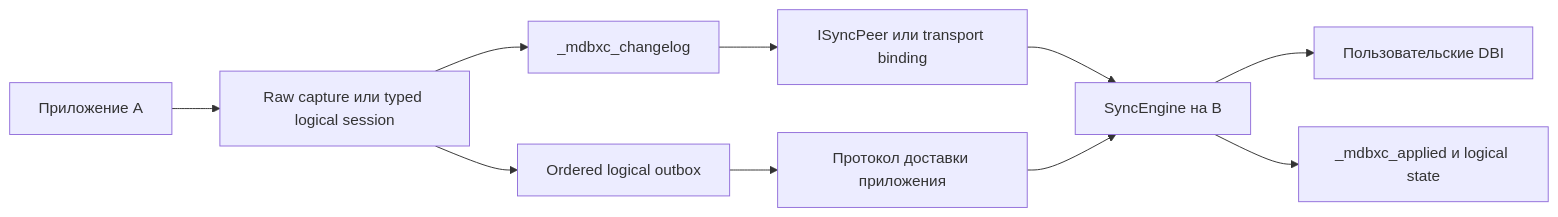
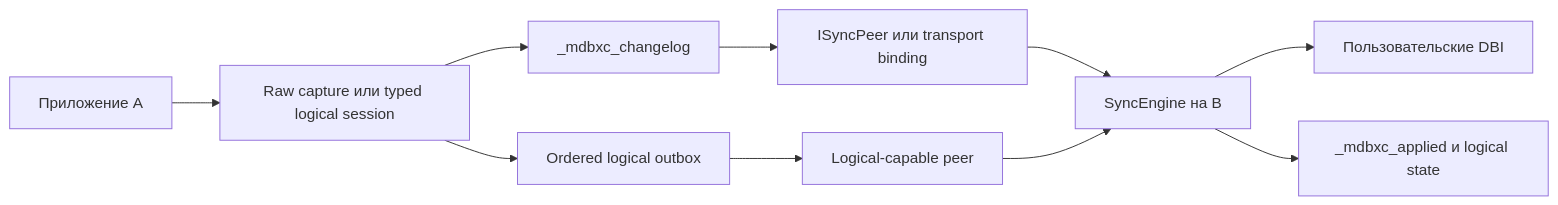
The first of 2 diagrams in docs/sync-RU.md (LimiNode/mdbx-containers), drawn with Mermaid before and after one commit. The commit also changed other lines of this file and 19 other files, not shown here.

First line of the commit message:
feat(sync): deliver logical outbox through peers

````diff
--- a/docs/sync-RU.md
+++ b/docs/sync-RU.md
@@ -47,12 +49,12 @@
 ```mermaid
 flowchart LR
     AppA[Приложение A] --> Capture[Raw capture или typed logical session]
     Capture --> RawLog[_mdbxc_changelog]
     Capture --> Outbox[Ordered logical outbox]
     RawLog --> Peer[ISyncPeer или transport binding]
-    Outbox --> LogicalTransport[Протокол доставки приложения]
+    Outbox --> LogicalTransport[Logical-capable peer]
     Peer --> EngineB[SyncEngine на B]
     LogicalTransport --> EngineB
     EngineB --> UserDb[Пользовательские DBI]
     EngineB --> State[_mdbxc_applied и logical state]
 ```
````
